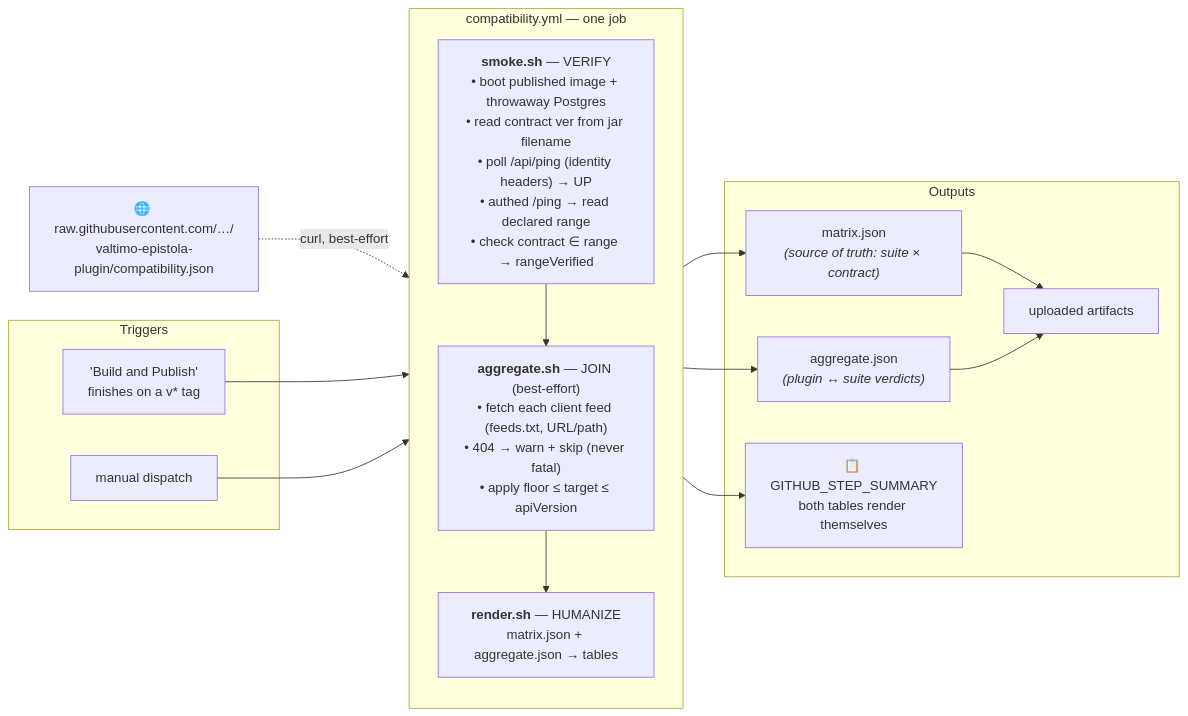
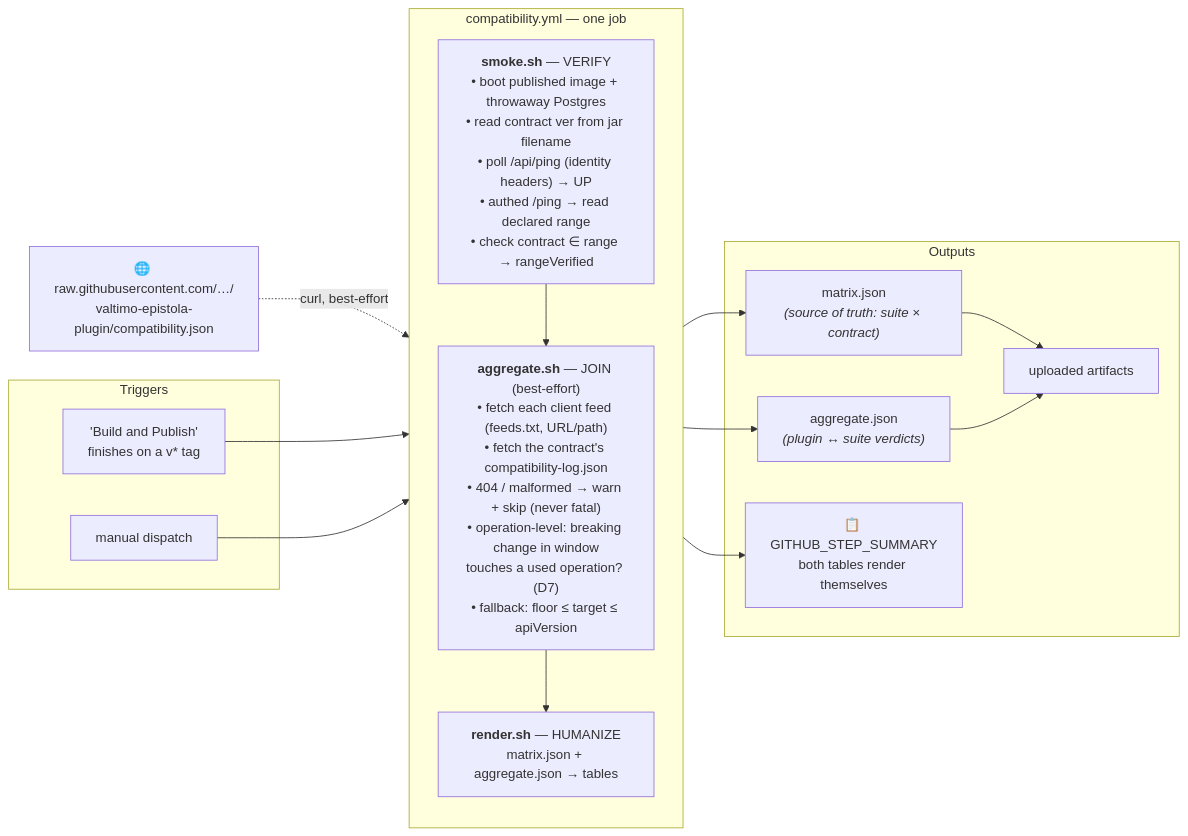
One commit to epistola-app/epistola-suite changed the second of 3 diagrams in compatibility/DESIGN.md. Above: the diagram before and after it, drawn with Mermaid. The commit also changed other lines of this file and 2 other files, not shown here.

First line of the commit message:
docs(compatibility): record D7 operation-level verdicts in ADR 0012 and DESIGN

````diff
--- a/compatibility/DESIGN.md
+++ b/compatibility/DESIGN.md
@@ -75,32 +82,32 @@
 ```mermaid
 flowchart LR
     subgraph triggers["Triggers"]
         rel["'Build and Publish'<br/>finishes on a v* tag"]
         man["manual dispatch"]
     end
 
     subgraph job["compatibility.yml — one job"]
         direction TB
         smoke["<b>smoke.sh</b> — VERIFY<br/>• boot published image + throwaway Postgres<br/>• read contract ver from jar filename<br/>• poll /api/ping (identity headers) → UP<br/>• authed /ping → read declared range<br/>• check contract ∈ range → rangeVerified"]
-        agg["<b>aggregate.sh</b> — JOIN (best-effort)<br/>• fetch each client feed (feeds.txt, URL/path)<br/>• 404 → warn + skip (never fatal)<br/>• apply floor ≤ target ≤ apiVersion"]
+        agg["<b>aggregate.sh</b> — JOIN (best-effort)<br/>• fetch each client feed (feeds.txt, URL/path)<br/>• fetch the contract's compatibility-log.json<br/>• 404 / malformed → warn + skip (never fatal)<br/>• operation-level: breaking change in window<br/>touches a used operation? (D7)<br/>• fallback: floor ≤ target ≤ apiVersion"]
         rend["<b>render.sh</b> — HUMANIZE<br/>matrix.json + aggregate.json → tables"]
         smoke --> agg --> rend
     end
 
     subgraph outputs["Outputs"]
         mj["matrix.json<br/><i>(source of truth: suite × contract)</i>"]
         aj["aggregate.json<br/><i>(plugin ↔ suite verdicts)</i>"]
         sum["📋 GITHUB_STEP_SUMMARY<br/>both tables render themselves"]
         art["uploaded artifacts"]
     end
 
     rel --> job
     man --> job
     smoke --> mj
     agg --> aj
     rend --> sum
     mj --> art
     aj --> art
 
     ext["🌐 raw.githubusercontent.com/…/<br/>valtimo-epistola-plugin/compatibility.json"] -.->|curl, best-effort| agg
 ```
````
